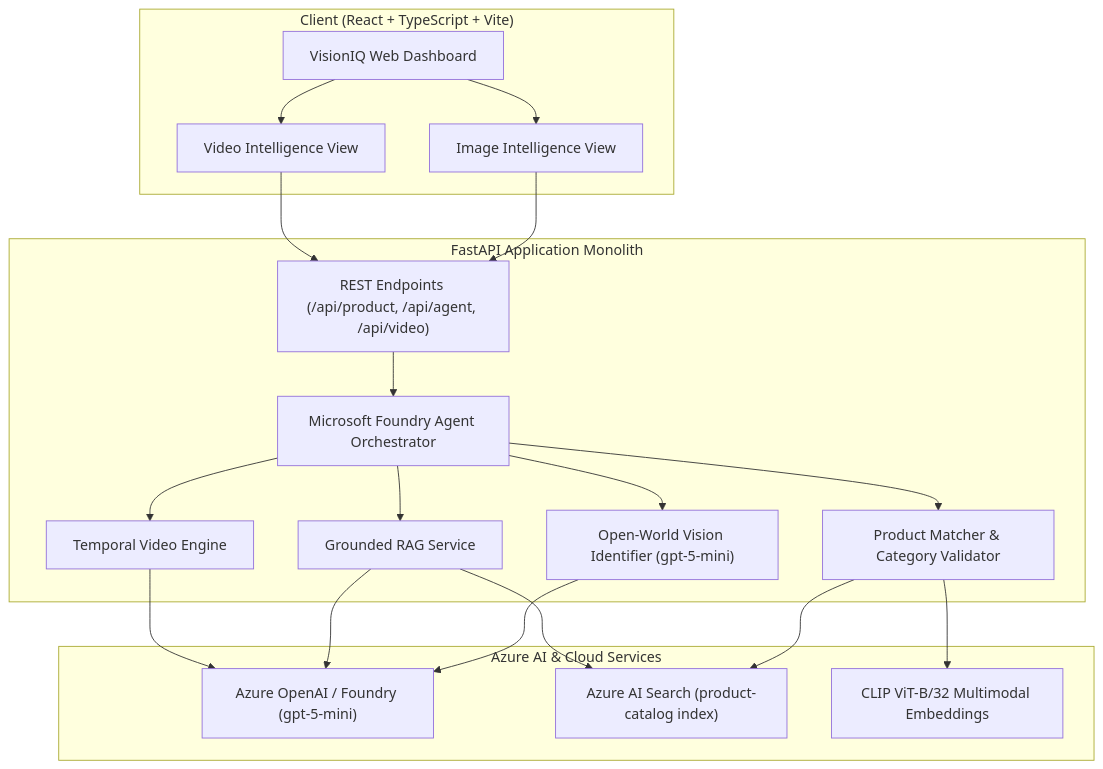
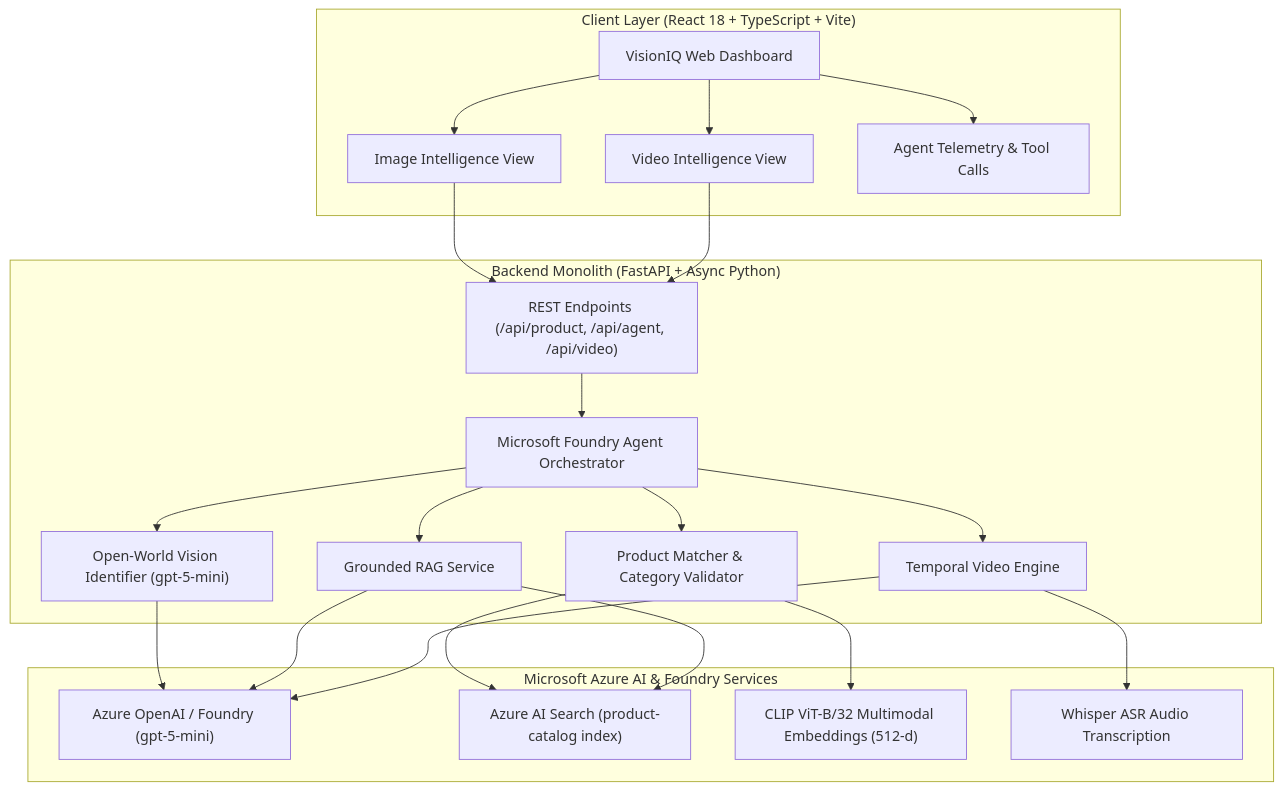
One commit to Pranjal-sh-git/visioniq changed the diagram in README.md. Above: the diagram before and after it, drawn with Mermaid. The commit also changed other lines of this file and 11 other files, not shown here.

````diff
--- a/README.md
+++ b/README.md
@@ -51,32 +55,34 @@
 ```mermaid
 flowchart TD
-    subgraph Client ["Client (React + TypeScript + Vite)"]
+    subgraph Client ["Client Layer (React 18 + TypeScript + Vite)"]
         UI["VisionIQ Web Dashboard"]
         ImgTab["Image Intelligence View"]
         VidTab["Video Intelligence View"]
+        TeleView["Agent Telemetry & Tool Calls"]
     end
 
-    subgraph Backend ["FastAPI Application Monolith"]
+    subgraph Backend ["Backend Monolith (FastAPI + Async Python)"]
         API["REST Endpoints (/api/product, /api/agent, /api/video)"]
         Agent["Microsoft Foundry Agent Orchestrator"]
         OpenWorld["Open-World Vision Identifier (gpt-5-mini)"]
         Matcher["Product Matcher & Category Validator"]
         VideoEngine["Temporal Video Engine"]
         RAG["Grounded RAG Service"]
     end
 
-    subgraph AzureAI ["Azure AI & Cloud Services"]
+    subgraph AzureAI ["Microsoft Azure AI & Foundry Services"]
         Foundry["Azure OpenAI / Foundry (gpt-5-mini)"]
         AISearch["Azure AI Search (product-catalog index)"]
-        Embeddings["CLIP ViT-B/32 Multimodal Embeddings"]
+        Embeddings["CLIP ViT-B/32 Multimodal Embeddings (512-d)"]
+        ASR["Whisper ASR Audio Transcription"]
     end
 
-    UI --> ImgTab & VidTab
+    UI --> ImgTab & VidTab & TeleView
     ImgTab & VidTab --> API
     API --> Agent
     Agent --> OpenWorld & Matcher & VideoEngine & RAG
     OpenWorld --> Foundry
     Matcher --> Embeddings & AISearch
     RAG --> AISearch & Foundry
-    VideoEngine --> Foundry
+    VideoEngine --> ASR & Foundry
 ```
````
